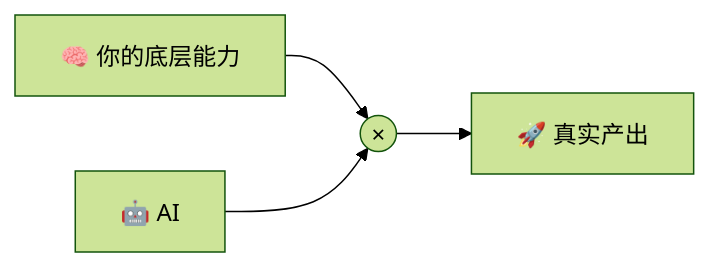
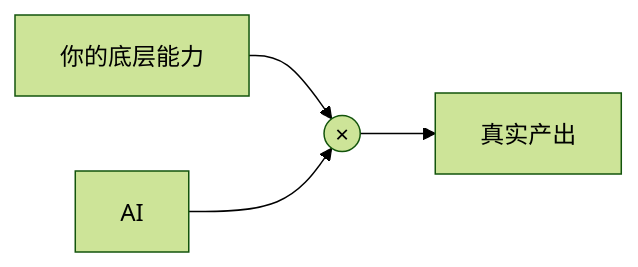
Before and after one commit to sulifreely/hannah: the third of 3 diagrams in src/content/blog/cognitive-surrender.md, drawn with Mermaid (forest theme). The commit also changed other lines of this file, not shown here.

````diff
--- a/src/content/blog/cognitive-surrender.md
+++ b/src/content/blog/cognitive-surrender.md
@@ -152,6 +245,6 @@
 ```mermaid
 flowchart LR
-    A["🧠 你的底层能力"] --> M(("×"))
-    B["🤖 AI"] --> M
-    M --> R["🚀 真实产出"]
+    A["你的底层能力"] --> M(("×"))
+    B["AI"] --> M
+    M --> R["真实产出"]
 ```
````
